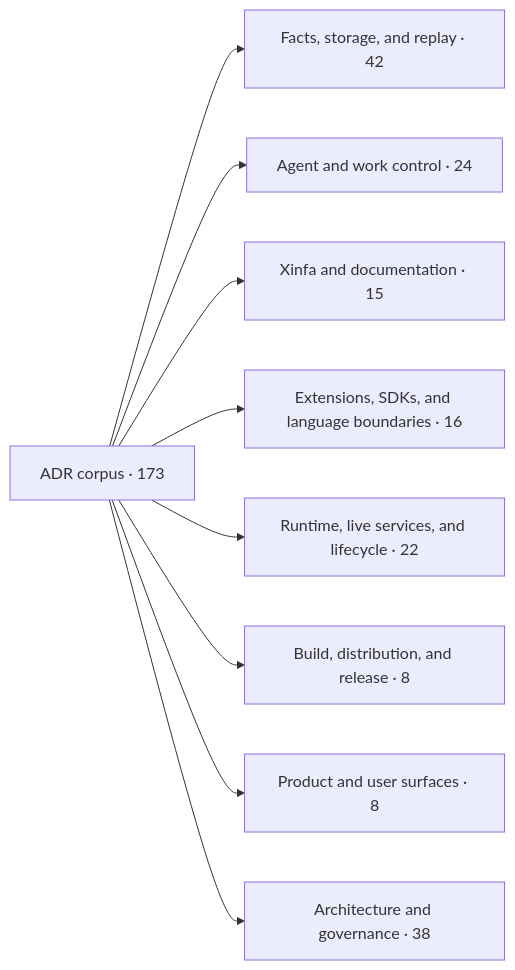
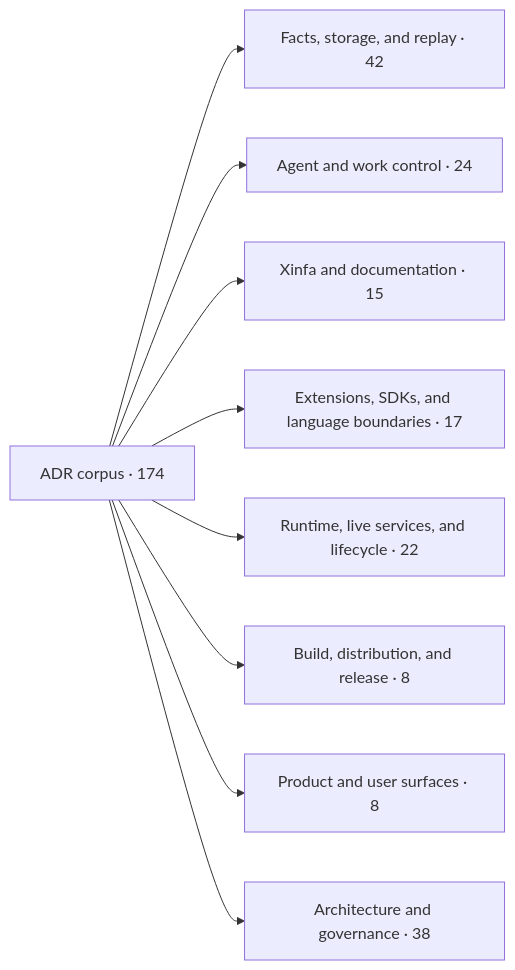
Before and after one commit to PterX/kungfu: the first of 2 diagrams in docs/architecture/adr-map.md, drawn with Mermaid. The commit also changed other lines of this file and 29 other files, not shown here.

````diff
--- a/docs/architecture/adr-map.md
+++ b/docs/architecture/adr-map.md
@@ -20,12 +20,12 @@
 ```mermaid
 flowchart LR
-  root["ADR corpus · 173"]
+  root["ADR corpus · 174"]
   root --> d0["Facts, storage, and replay · 42"]
   root --> d1["Agent and work control · 24"]
   root --> d2["Xinfa and documentation · 15"]
-  root --> d3["Extensions, SDKs, and language boundaries · 16"]
+  root --> d3["Extensions, SDKs, and language boundaries · 17"]
   root --> d4["Runtime, live services, and lifecycle · 22"]
   root --> d5["Build, distribution, and release · 8"]
   root --> d6["Product and user surfaces · 8"]
   root --> d7["Architecture and governance · 38"]
 ```
````
